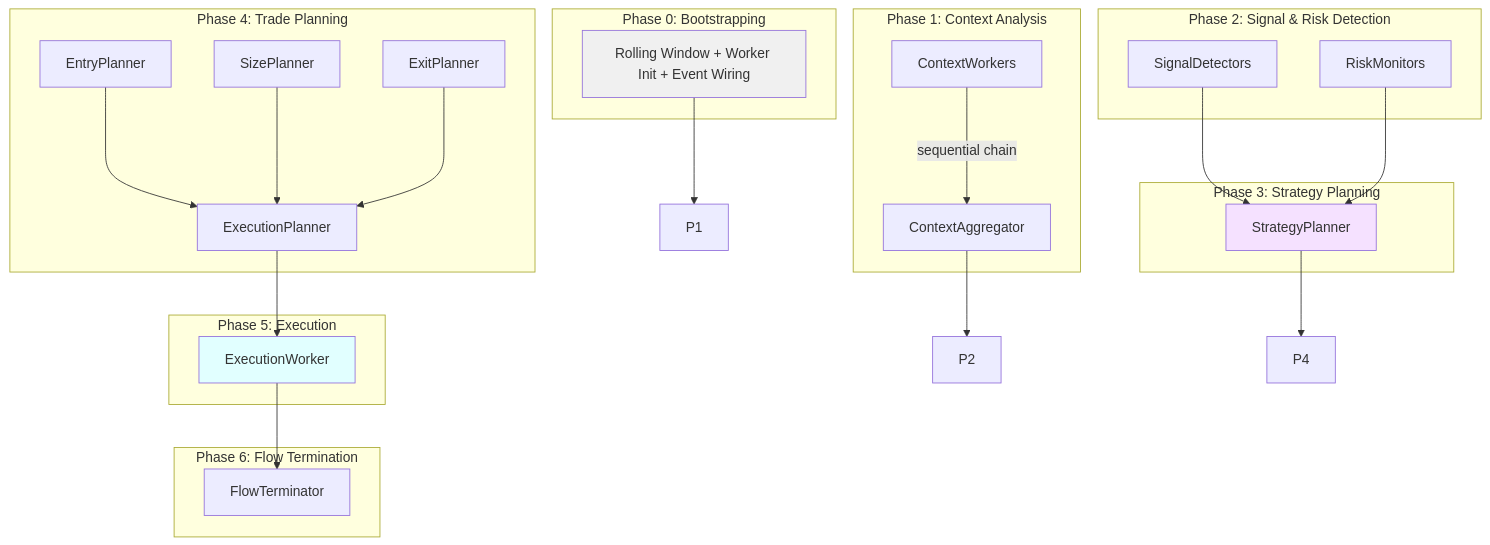
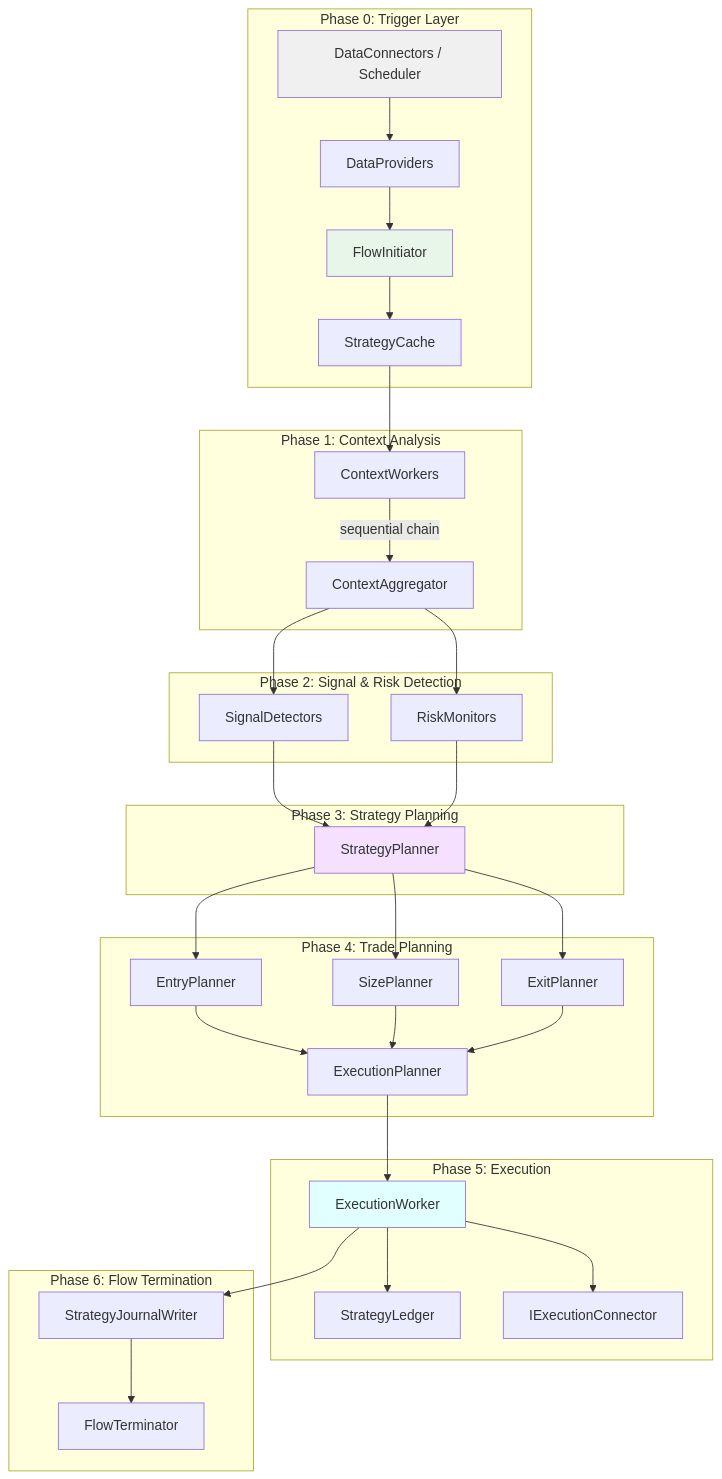
The first of 2 diagrams in docs/architecture/PIPELINE_FLOW.md (MikeyVK/S1mpleTraderV3), drawn with Mermaid before and after one commit. The commit also changed other lines of this file and 1 other file, not shown here.

First line of the commit message:
docs(architecture): fix PIPELINE_FLOW gaps + add TRIGGER_ARCHITECTURE.md

````diff
--- a/docs/architecture/PIPELINE_FLOW.md
+++ b/docs/architecture/PIPELINE_FLOW.md
@@ -41,56 +42,66 @@
 ```mermaid
 graph TB
-    subgraph "Phase 0: Bootstrapping"
-        P0[Rolling Window + Worker Init + Event Wiring]
+    subgraph "Phase 0: Trigger Layer"
+        P0a[DataConnectors / Scheduler]
+        P0b[DataProviders]
+        P0c[FlowInitiator]
+        P0d[StrategyCache]
+        P0a --> P0b --> P0c --> P0d
     end
-    
-    P0 --> P1
     
     subgraph "Phase 1: Context Analysis"
         P1a[ContextWorkers]
         P1b[ContextAggregator]
         P1a -->|sequential chain| P1b
     end
     
-    P1b --> P2
-    
     subgraph "Phase 2: Signal & Risk Detection"
         P2a[SignalDetectors]
         P2b[RiskMonitors]
     end
     
-    P2a --> P3
-    P2b --> P3
-    
     subgraph "Phase 3: Strategy Planning"
         P3[StrategyPlanner]
     end
-    
-    P3 --> P4
     
     subgraph "Phase 4: Trade Planning"
         P4a[EntryPlanner]
         P4b[SizePlanner]
         P4c[ExitPlanner]
         P4d[ExecutionPlanner]
         P4a --> P4d
         P4b --> P4d
         P4c --> P4d
     end
     
-    P4d --> P5
-    
     subgraph "Phase 5: Execution"
-        P5[ExecutionWorker]
+        P5a[ExecutionWorker]
+        P5b[StrategyLedger]
+        P5c[IExecutionConnector]
+        P5a --> P5b
+        P5a --> P5c
     end
     
-    P5 --> P6
-    
     subgraph "Phase 6: Flow Termination"
-        P6[FlowTerminator]
+        P6a[StrategyJournalWriter]
+        P6b[FlowTerminator]
+        P6a --> P6b
     end
     
-    style P0 fill:#f0f0f0
+    %% Inter-phase connections
+    P0d --> P1a
+    P1b --> P2a
+    P1b --> P2b
+    P2a --> P3
+    P2b --> P3
+    P3 --> P4a
+    P3 --> P4b
+    P3 --> P4c
+    P4d --> P5a
+    P5a --> P6a
+    
+    style P0a fill:#f0f0f0
+    style P0c fill:#e8f5e9
     style P3 fill:#f5e1ff
-    style P5 fill:#e1ffff
+    style P5a fill:#e1ffff
 ```
````
